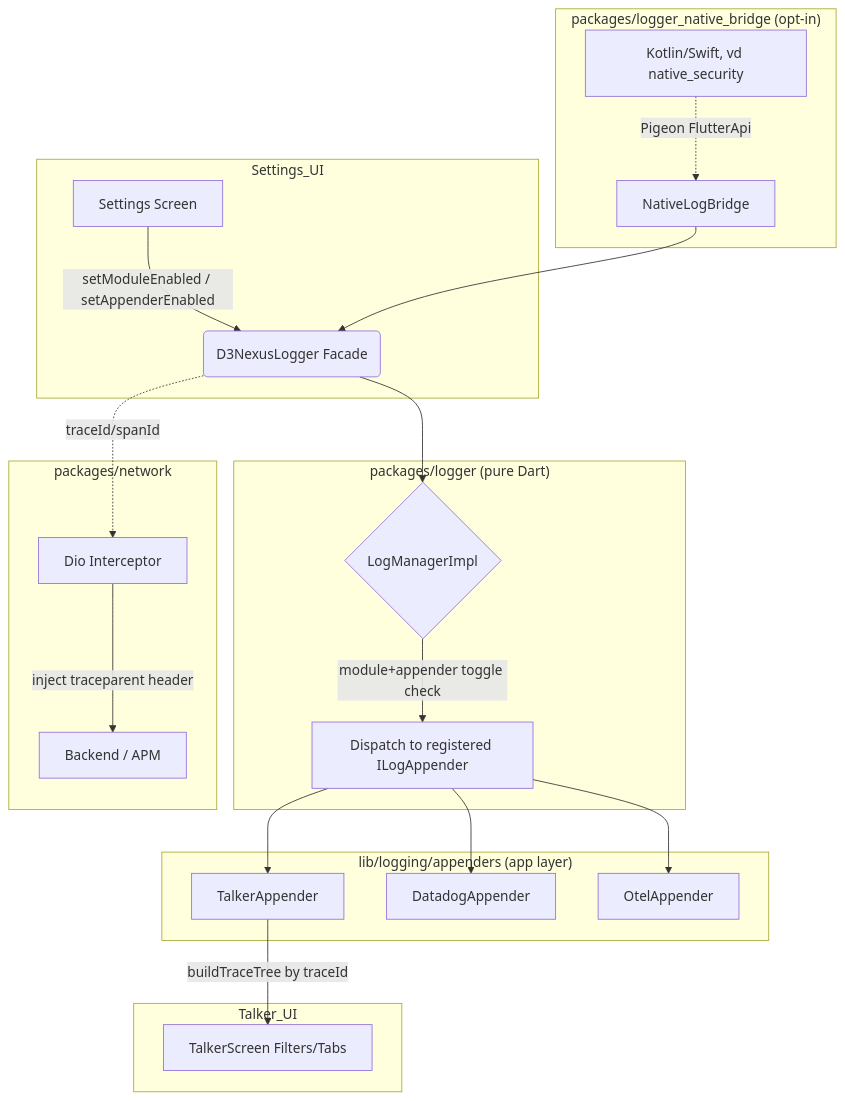
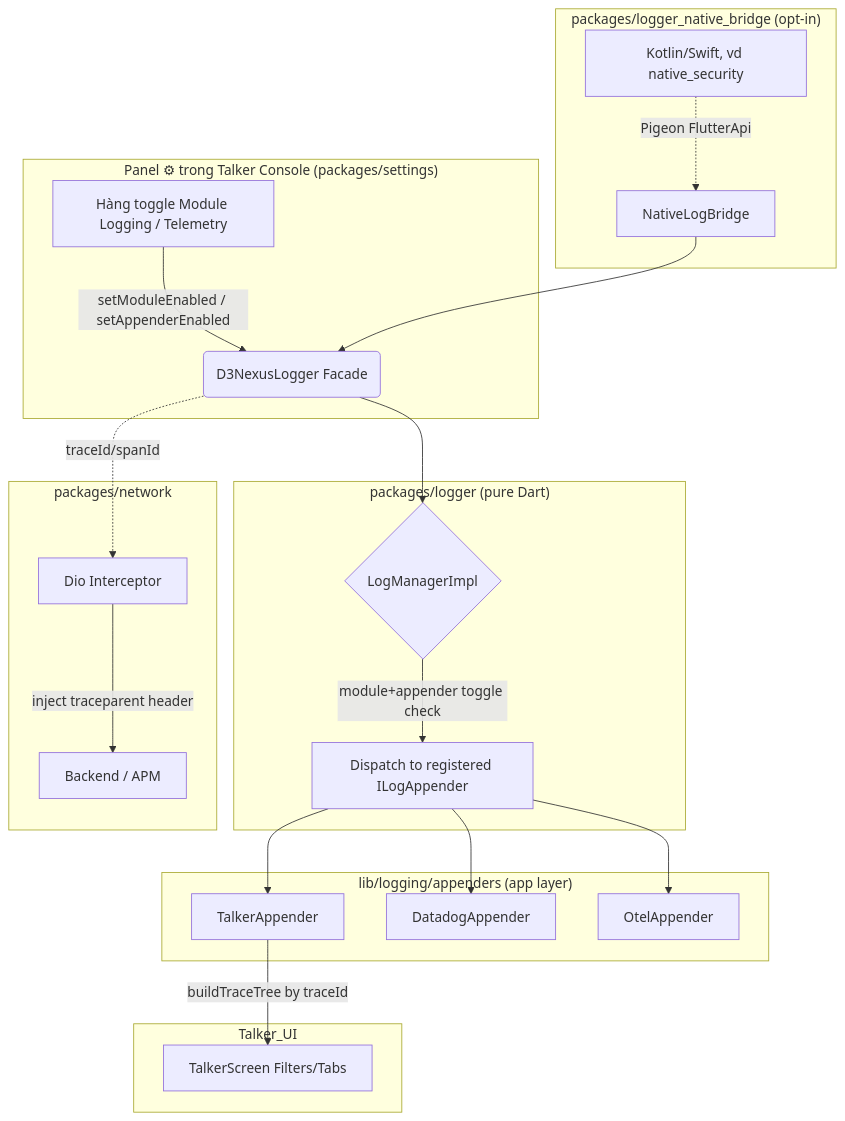
One commit to DanhDue/bloc_digital_wallet changed the first of 5 diagrams in .devtool/epic/logging_refactor/logging_refactor.vi.md. Above: the diagram before and after it, drawn with Mermaid. The commit also changed other lines of this file and 9 other files, not shown here.

First line of the commit message:
[LOGGING-REFACTOR] Document the live-toggle architecture in the epic

````diff
--- a/.devtool/epic/logging_refactor/logging_refactor.vi.md
+++ b/.devtool/epic/logging_refactor/logging_refactor.vi.md
@@ -62,31 +64,31 @@
 ```mermaid
 graph TD
-    subgraph Settings_UI
-    A[Settings Screen] -->|setModuleEnabled / setAppenderEnabled| B(D3NexusLogger Facade)
+    subgraph Talker_Console_Settings["Panel ⚙ trong Talker Console (packages/settings)"]
+    A[Hàng toggle Module Logging / Telemetry] -->|setModuleEnabled / setAppenderEnabled| B(D3NexusLogger Facade)
     end
 
     subgraph Core_Package["packages/logger (pure Dart)"]
     B --> C{LogManagerImpl}
     C -->|module+appender toggle check| D[Dispatch to registered ILogAppender]
     end
 
     subgraph App_Layer["lib/logging/appenders (app layer)"]
     D --> E[TalkerAppender]
     D --> F[DatadogAppender]
     D --> G[OtelAppender]
     end
 
     subgraph Talker_UI
     E -->|buildTraceTree by traceId| H[TalkerScreen Filters/Tabs]
     end
 
     subgraph Native_Bridge["packages/logger_native_bridge (opt-in)"]
     I[Kotlin/Swift, vd native_security] -.->|Pigeon FlutterApi| J[NativeLogBridge]
     J --> B
     end
 
     subgraph Network["packages/network"]
     K[Dio Interceptor] -->|inject traceparent header| L[Backend / APM]
     B -.->|traceId/spanId| K
     end
 ```
````
